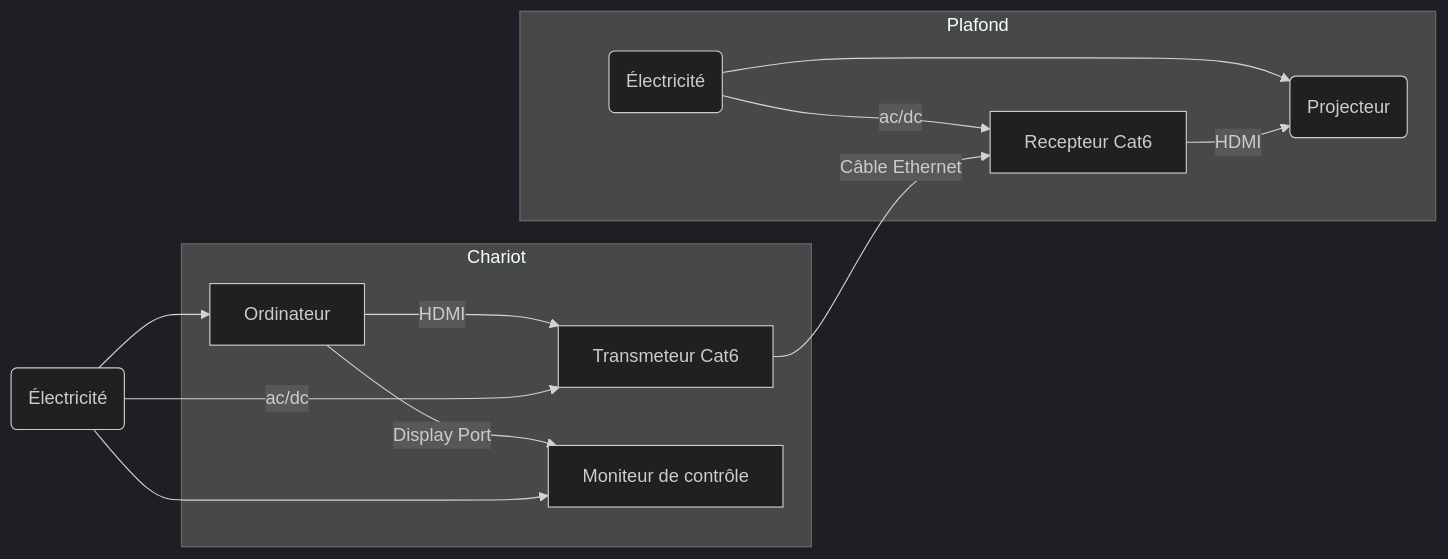
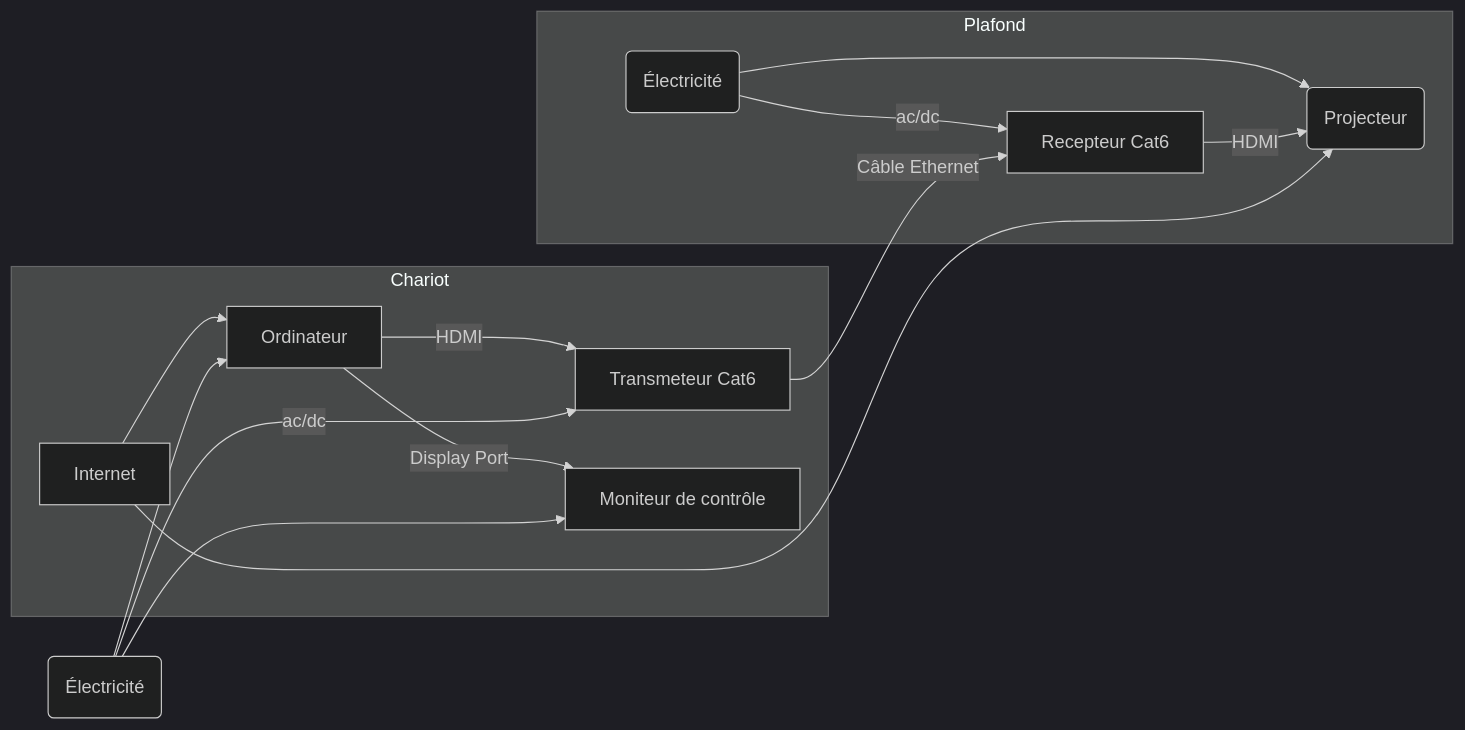
One commit to tim-montmorency/582521-installation-multimedia changed the diagram in 03-savoirs/01/01/README.md. Above: the diagram before and after it, drawn with Mermaid (dark theme).

Commit message:
feat: Add Internet connections to the projection installation diagram

````diff
--- a/03-savoirs/01/01/README.md
+++ b/03-savoirs/01/01/README.md
@@ -13,26 +13,29 @@
 ```mermaid
 graph LR
 	Power_A(Électricité)
+    Internet
 
     subgraph Chariot
     	PC[Ordinateur]
+        Internet --> PC
         PC -- HDMI --> Transmitter[Transmeteur Cat6] 
         Monitor[Moniteur de contrôle]
         PC -->|Display Port | Monitor
     end
 
 	Power_A --> PC
 	Power_A --> Monitor
     Power_A --ac/dc--> Transmitter
 
     subgraph Plafond
         Power_B(Électricité)
         Projector(Projecteur)
     	Power_B --> Projector
         Power_B --ac/dc--> Receiver
         Transmitter --Câble Ethernet--> Receiver[Recepteur Cat6]  -- HDMI --> Projector
+        Internet --> Projector
     end
 
 
 
 ```
````
